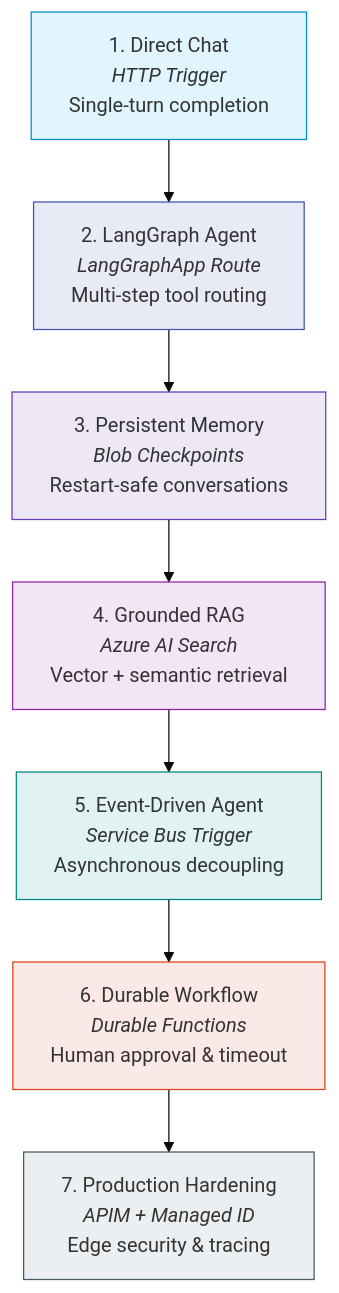
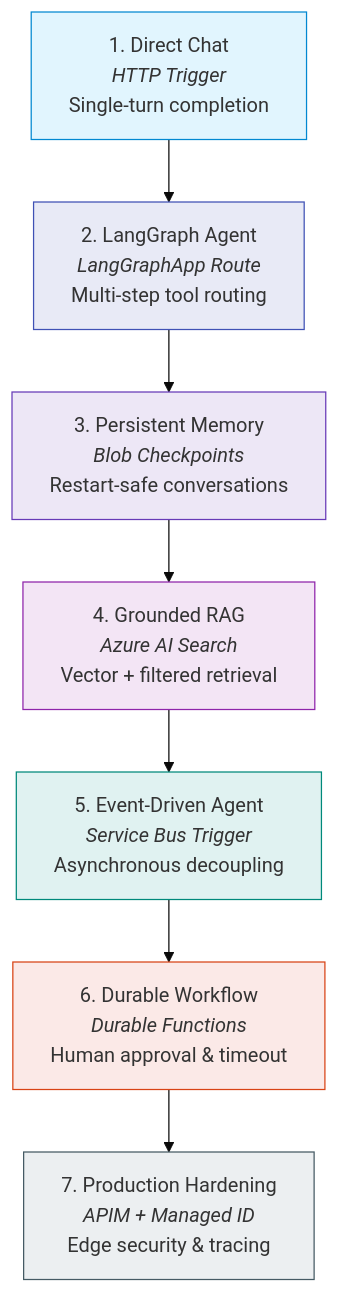
Before and after one commit to Pushkar-Shahi/azure-functions-cookbook-python: the diagram in docs/patterns/ai-and-agents/learning-path.md, drawn with Mermaid (base theme). The commit also changed other lines of this file and 5 other files, not shown here.

````diff
--- a/docs/patterns/ai-and-agents/learning-path.md
+++ b/docs/patterns/ai-and-agents/learning-path.md
@@ -11,18 +11,18 @@
 ```mermaid
 flowchart TD
     S1["1. Direct Chat<br><i>HTTP Trigger</i><br>Single-turn completion"]
     --> S2["2. LangGraph Agent<br><i>LangGraphApp Route</i><br>Multi-step tool routing"]
     --> S3["3. Persistent Memory<br><i>Blob Checkpoints</i><br>Restart-safe conversations"]
-    --> S4["4. Grounded RAG<br><i>Azure AI Search</i><br>Vector + semantic retrieval"]
+    --> S4["4. Grounded RAG<br><i>Azure AI Search</i><br>Vector + filtered retrieval"]
     --> S5["5. Event-Driven Agent<br><i>Service Bus Trigger</i><br>Asynchronous decoupling"]
     --> S6["6. Durable Workflow<br><i>Durable Functions</i><br>Human approval & timeout"]
     --> S7["7. Production Hardening<br><i>APIM + Managed ID</i><br>Edge security & tracing"]
 
     style S1 fill:#e1f5fe,stroke:#0288d1
     style S2 fill:#e8eaf6,stroke:#3f51b5
     style S3 fill:#ede7f6,stroke:#673ab7
     style S4 fill:#f3e5f5,stroke:#8e24aa
     style S5 fill:#e0f2f1,stroke:#00897b
     style S6 fill:#fbe9e7,stroke:#d84315
     style S7 fill:#eceff1,stroke:#455a64
 ```
````
